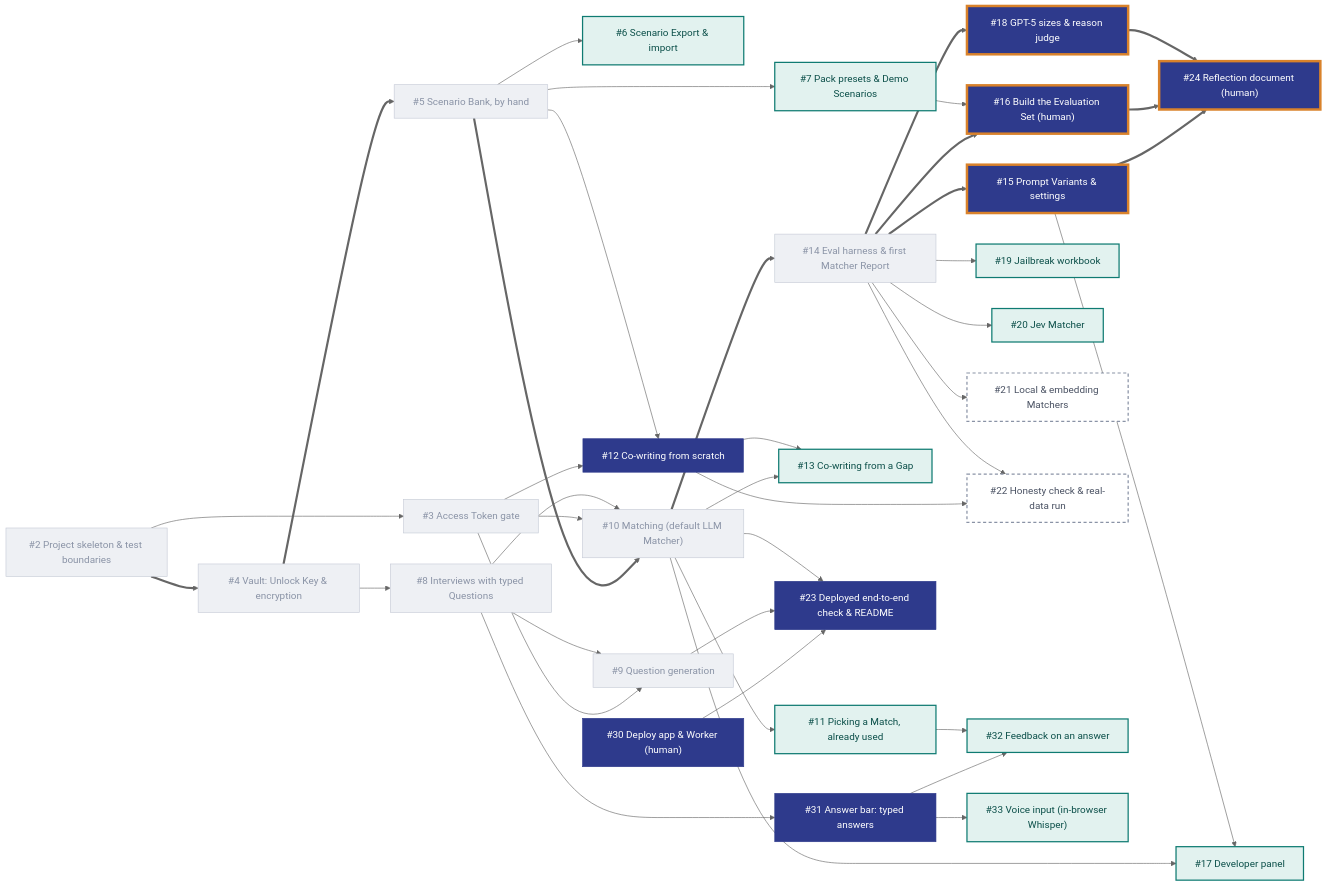
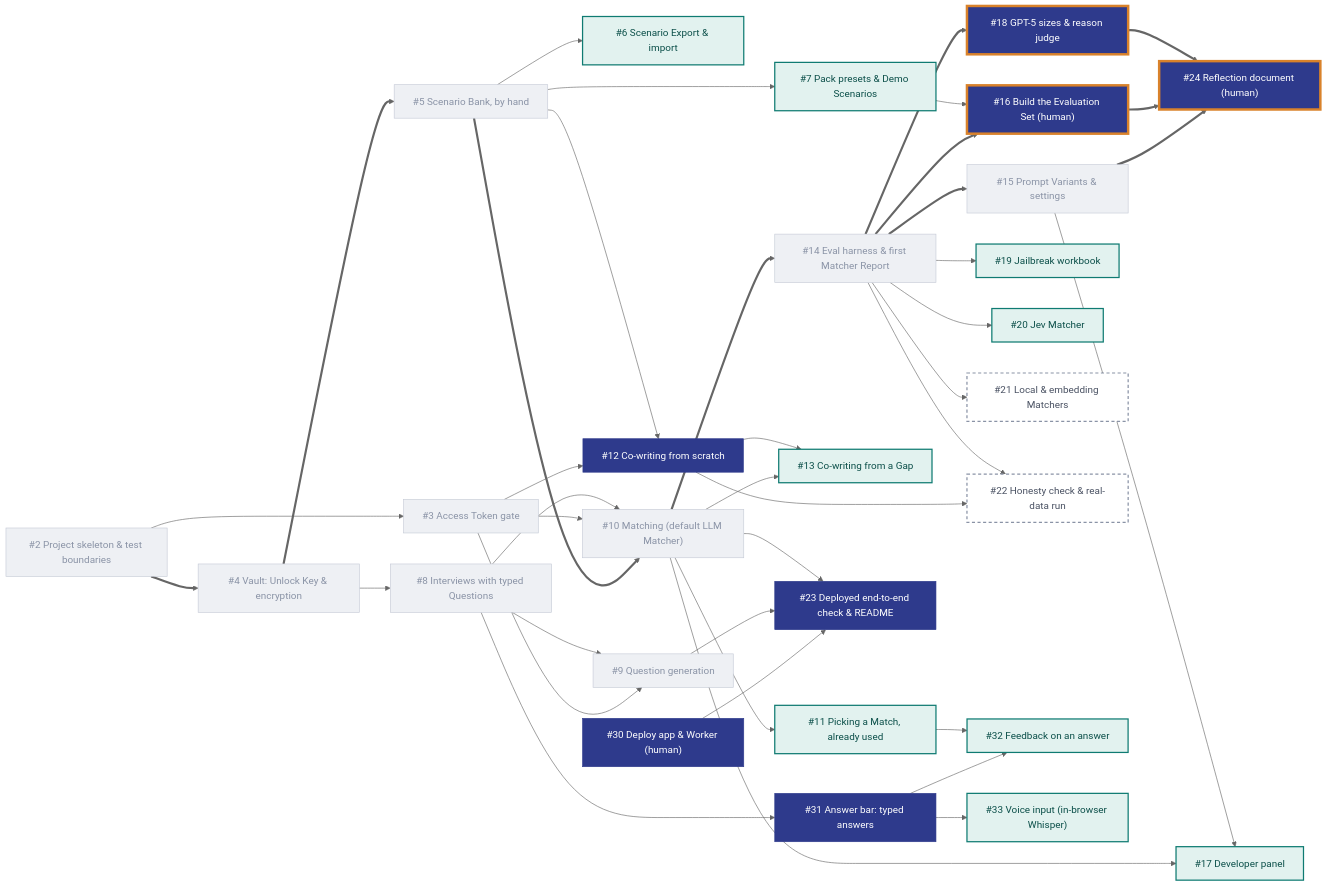
One commit to DerykHopley/interview-helper changed the diagram in README.md. Above: the diagram before and after it, drawn with Mermaid (neutral theme). The commit also changed 23 other files, not shown here.

````diff
--- a/README.md
+++ b/README.md
@@ -13,63 +13,63 @@
 ```mermaid
 flowchart LR
   T2["#2 Project skeleton & test boundaries"]
   T3["#3 Access Token gate"]
   T4["#4 Vault: Unlock Key & encryption"]
   T5["#5 Scenario Bank, by hand"]
   T6["#6 Scenario Export & import"]
   T7["#7 Pack presets & Demo Scenarios"]
   T8["#8 Interviews with typed Questions"]
   T9["#9 Question generation"]
   T10["#10 Matching (default LLM Matcher)"]
   T11["#11 Picking a Match, already used"]
   T12["#12 Co-writing from scratch"]
   T13["#13 Co-writing from a Gap"]
   T14["#14 Eval harness & first Matcher Report"]
   T15["#15 Prompt Variants & settings"]
   T16["#16 Build the Evaluation Set (human)"]
   T17["#17 Developer panel"]
   T18["#18 GPT-5 sizes & reason judge"]
   T19["#19 Jailbreak workbook"]
   T20["#20 Jev Matcher"]
   T21["#21 Local & embedding Matchers"]
   T22["#22 Honesty check & real-data run"]
   T23["#23 Deployed end-to-end check & README"]
   T24["#24 Reflection document (human)"]
   T30["#30 Deploy app & Worker (human)"]
   T31["#31 Answer bar: typed answers"]
   T32["#32 Feedback on an answer"]
   T33["#33 Voice input (in-browser Whisper)"]
 
   %% critical path (thick arrows)
   T2 ==> T4 ==> T5 ==> T10 ==> T14
   T14 ==> T15 ==> T24
   T14 ==> T16 ==> T24
   T14 ==> T18 ==> T24
 
   %% other dependencies
   T2 --> T3
   T3 --> T9 & T10 & T12
   T4 --> T8
   T5 --> T6 & T7 & T12
   T8 --> T9 & T10 & T31
   T10 --> T11 & T13 & T17
   T12 --> T13 & T22
   T7 --> T16
   T14 --> T19 & T20 & T21 & T22
   T15 --> T17
   T31 --> T32 & T33
   T11 --> T32
   T30 & T9 & T10 --> T23
 
   classDef done fill:#EEF0F4,color:#8A93A6,stroke:#C5CAD6,stroke-width:1px
   classDef must fill:#2E3A8C,color:#fff,stroke:#2E3A8C
   classDef mustcrit fill:#2E3A8C,color:#fff,stroke:#D9822B,stroke-width:4px
   classDef should fill:#E2F2EF,color:#0B4F49,stroke:#0F7B72,stroke-width:2px
   classDef could fill:#fff,color:#4A5263,stroke:#8A93A6,stroke-width:2px,stroke-dasharray:5 4
 
-  class T2,T3,T4,T5,T8,T9,T10,T14 done
-  class T15,T16,T18,T24 mustcrit
+  class T2,T3,T4,T5,T8,T9,T10,T14,T15 done
+  class T16,T18,T24 mustcrit
   class T12,T23,T30,T31 must
   class T6,T7,T11,T13,T17,T19,T20,T32,T33 should
   class T21,T22 could
 ```
````
